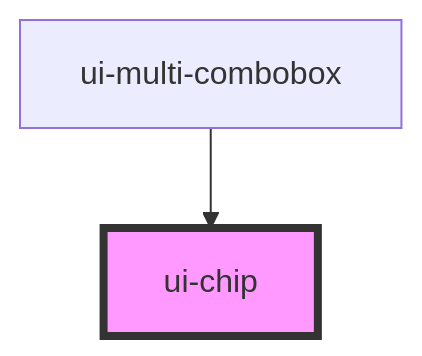
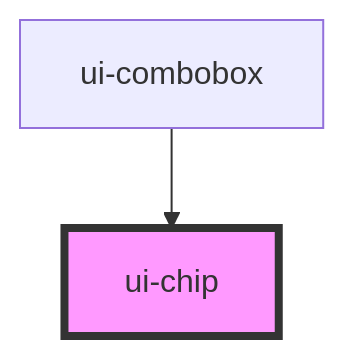
Before and after one commit to threadlabs-studio/looma: the diagram in packages/core/src/components/ui-chip/readme.md, drawn with Mermaid. The commit also changed other lines of this file, not shown here.

Commit message:
fix(chip): regenerate ui-chip readme for unified ui-combobox
The Used-by graph still referenced the removed ui-multi-combobox; regenerate to
point at ui-combobox so the immutable-contract check passes.

````diff
--- a/packages/core/src/components/ui-chip/readme.md
+++ b/packages/core/src/components/ui-chip/readme.md
@@ -27,5 +27,5 @@
 ```mermaid
 graph TD;
-  ui-multi-combobox --> ui-chip
+  ui-combobox --> ui-chip
   style ui-chip fill:#f9f,stroke:#333,stroke-width:4px
 ```
````
